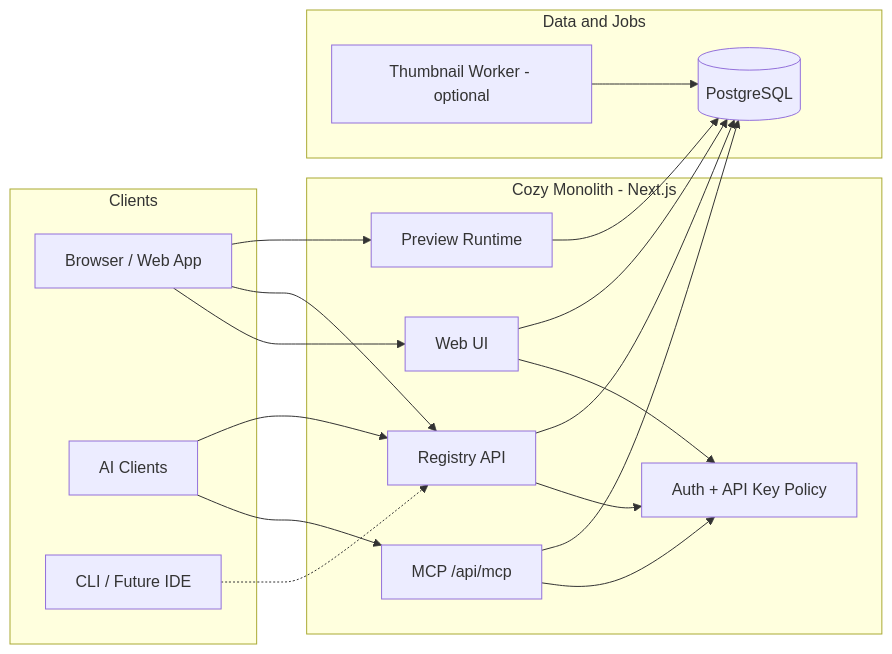
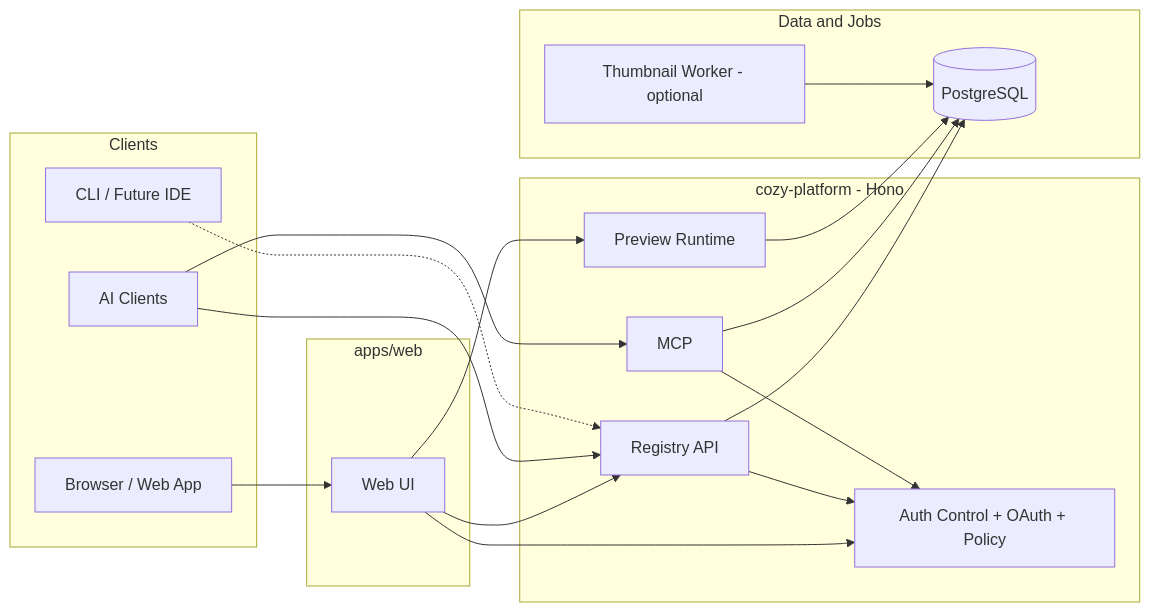
The first of 5 diagrams in docs/00-overview/system-architecture.md (randomgoose/cozy-registry), drawn with Mermaid before and after one commit. The commit also changed other lines of this file and 488 other files, not shown here.

Commit message:
migrate to monorepo web and platform architecture

````diff
--- a/docs/00-overview/system-architecture.md
+++ b/docs/00-overview/system-architecture.md
@@ -16,38 +16,38 @@
 ```mermaid
 flowchart LR
   subgraph clients [Clients]
     Browser[Browser / Web App]
     AI[AI Clients]
     CLI[CLI / Future IDE]
   end
 
-  subgraph cozy [Cozy Monolith - Next.js]
+  subgraph web [apps/web]
     WebUI[Web UI]
+  end
+
+  subgraph platform [cozy-platform - Hono]
     RegAPI[Registry API]
-    MCP[MCP /api/mcp]
+    MCP[MCP]
     Preview[Preview Runtime]
-    AuthZ[Auth + API Key Policy]
+    AuthZ[Auth Control + OAuth + Policy]
   end
 
   subgraph data [Data and Jobs]
     PG[(PostgreSQL)]
     Thumb[Thumbnail Worker - optional]
   end
 
   Browser --> WebUI
-  Browser --> RegAPI
-  Browser --> Preview
+  WebUI --> RegAPI
+  WebUI --> Preview
+  WebUI --> AuthZ
   AI --> MCP
   AI --> RegAPI
   CLI -.-> RegAPI
-
-  WebUI --> AuthZ
   RegAPI --> AuthZ
   MCP --> AuthZ
-
-  WebUI --> PG
   RegAPI --> PG
   MCP --> PG
   Preview --> PG
   Thumb --> PG
 ```
````
